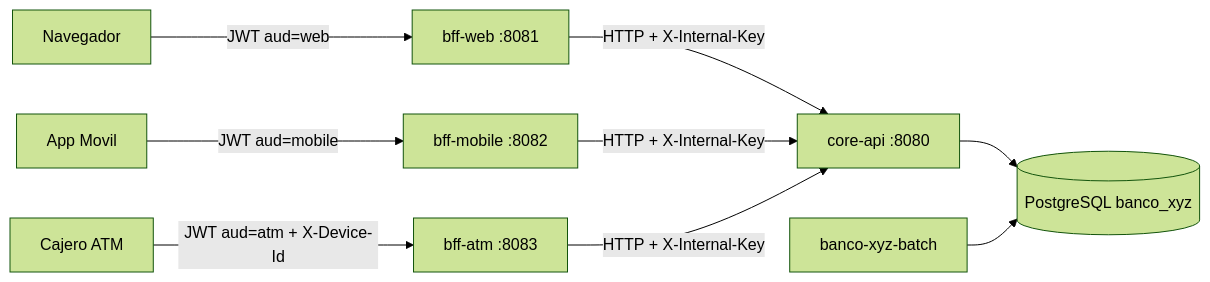
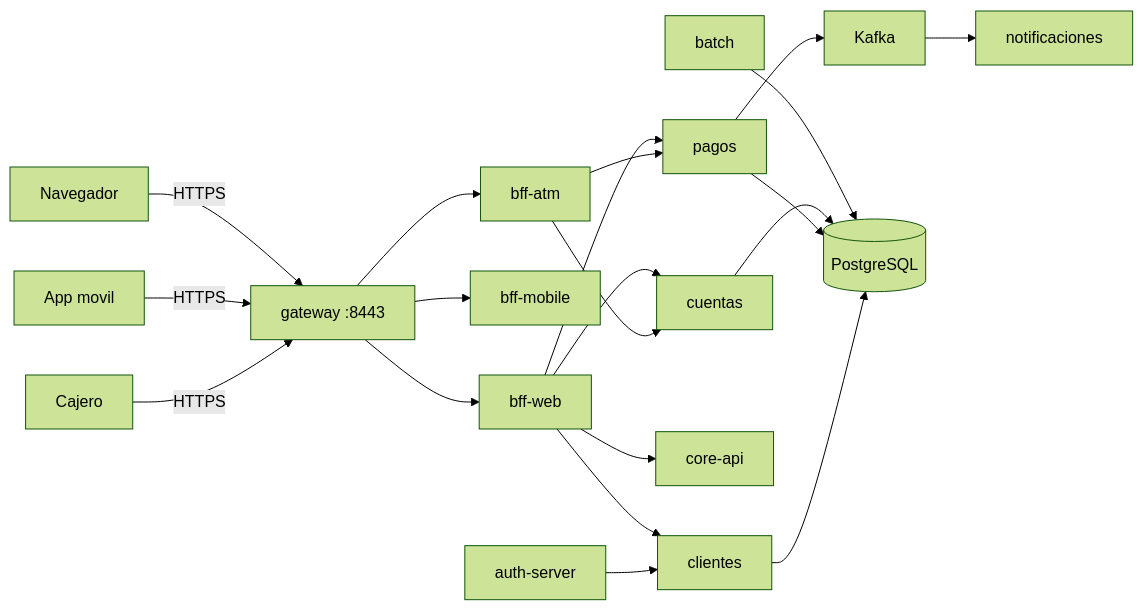
One commit to frseart0/S3_Backend3 changed the second of 2 diagrams in README.md. Above: the diagram before and after it, drawn with Mermaid (forest theme). The commit also changed other lines of this file and 144 other files, not shown here.

````diff
--- a/README.md
+++ b/README.md
@@ -188,11 +200,22 @@
 ```mermaid
 flowchart LR
-    navegador[Navegador] -->|"JWT aud=web"| bffWeb["bff-web :8081"]
-    movil[App Movil] -->|"JWT aud=mobile"| bffMobile["bff-mobile :8082"]
-    cajero[Cajero ATM] -->|"JWT aud=atm + X-Device-Id"| bffAtm["bff-atm :8083"]
-    bffWeb -->|"HTTP + X-Internal-Key"| core["core-api :8080"]
-    bffMobile -->|"HTTP + X-Internal-Key"| core
-    bffAtm -->|"HTTP + X-Internal-Key"| core
-    core --> db[("PostgreSQL banco_xyz")]
-    batch["banco-xyz-batch"] --> db
+    navegador[Navegador] -->|HTTPS| gateway["gateway :8443"]
+    movil[App movil] -->|HTTPS| gateway
+    cajero[Cajero] -->|HTTPS| gateway
+    gateway --> bffWeb[bff-web]
+    gateway --> bffMobile[bff-mobile]
+    gateway --> bffAtm[bff-atm]
+    bffWeb --> clientes[clientes]
+    bffWeb --> cuentas[cuentas]
+    bffWeb --> pagos[pagos]
+    bffWeb --> reportes[core-api]
+    bffAtm --> pagos
+    bffAtm --> cuentas
+    auth[auth-server] --> clientes
+    pagos --> kafka[Kafka]
+    kafka --> notas[notificaciones]
+    batch[batch] --> db[("PostgreSQL")]
+    cuentas --> db
+    pagos --> db
+    clientes --> db
 ```
````
